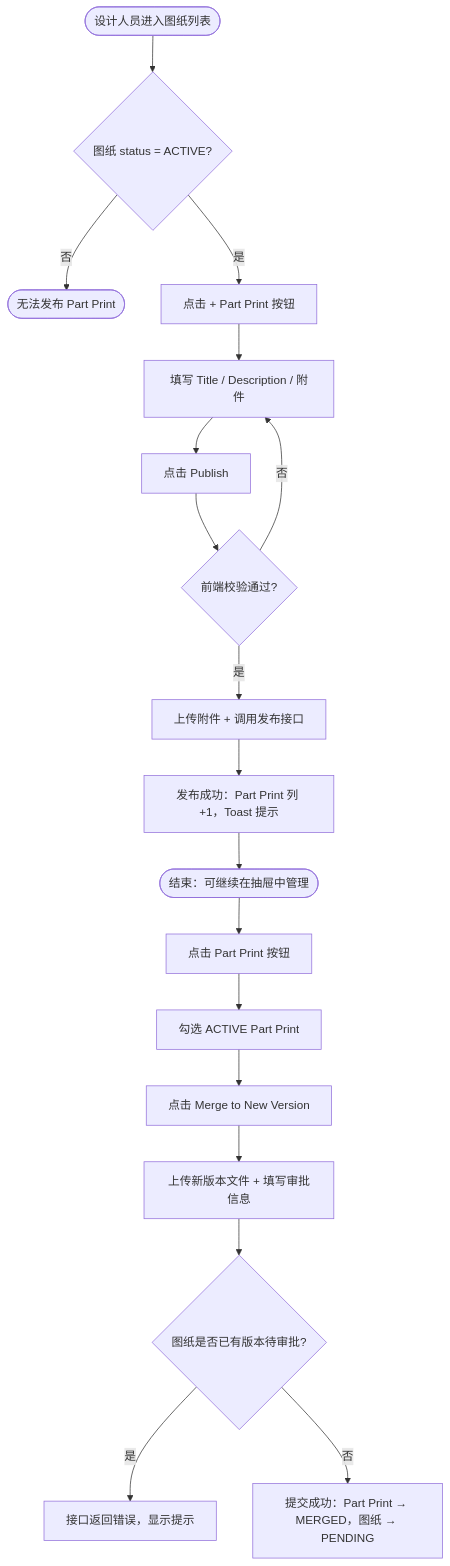
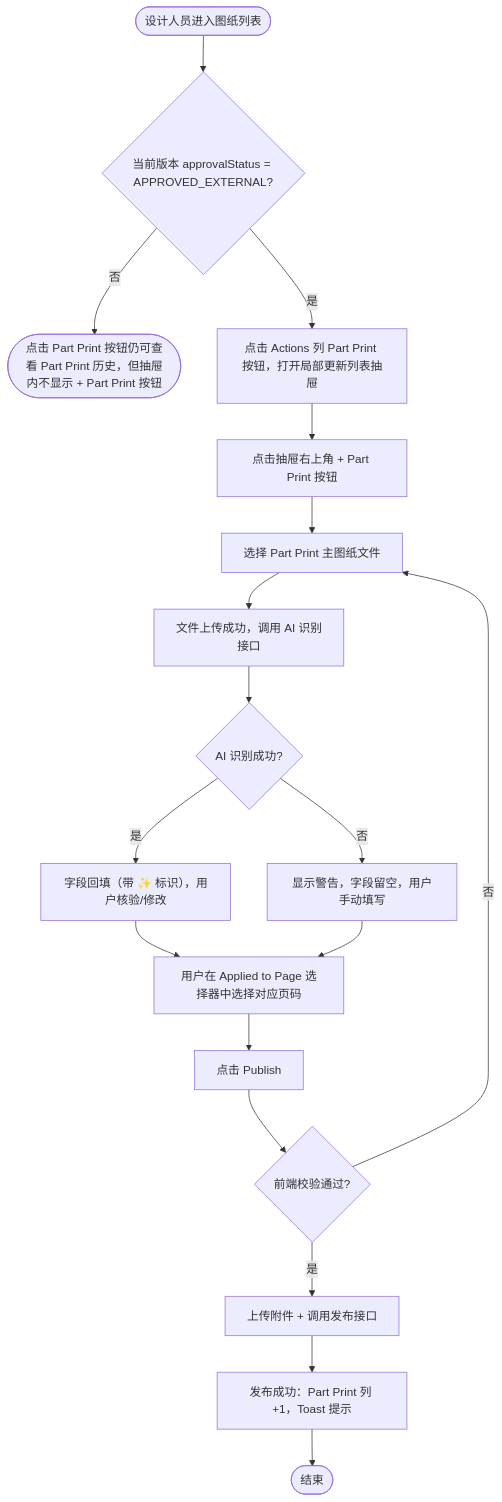
Before and after one commit to xiayingspace-hue/smart-site: the diagram in requirements/pc/REQ-004-pc.md, drawn with Mermaid. The commit also changed other lines of this file and 3 other files, not shown here.

First line of the commit message:
fix: remove Active tab and align Part Print card spec across docs

````diff
--- a/requirements/pc/REQ-004-pc.md
+++ b/requirements/pc/REQ-004-pc.md
@@ -171,21 +162,20 @@
 ```mermaid
 flowchart TD
-    A([设计人员进入图纸列表]) --> B{图纸 status = ACTIVE?}
-    B -- 否 --> Z1([无法发布 Part Print])
-    B -- 是 --> C[点击 + Part Print 按钮]
-    C --> D[填写 Title / Description / 附件]
-    D --> E[点击 Publish]
+    A([设计人员进入图纸列表]) --> B{当前版本 approvalStatus = APPROVED_EXTERNAL?}
+    B -- 否 --> Z1([点击 Part Print 按钮仍可查看 Part Print 历史，但抽屉内不显示 + Part Print 按钮])
+    B -- 是 --> C[点击 Actions 列 Part Print 按钮，打开局部更新列表抽屉]
+    C --> C2[点击抽屉右上角 + Part Print 按钮]
+    C2 --> D[选择 Part Print 主图纸文件]
+    D --> D2[文件上传成功，调用 AI 识别接口]
+    D2 --> D3{AI 识别成功?}
+    D3 -- 是 --> D4[字段回填（带 ✨ 标识），用户核验/修改]
+    D3 -- 否 --> D5[显示警告，字段留空，用户手动填写]
+    D4 --> D6[用户在 Applied to Page 选择器中选择对应页码]
+    D5 --> D6
+    D6 --> E[点击 Publish]
     E --> F{前端校验通过?}
     F -- 否 --> D
     F -- 是 --> G[上传附件 + 调用发布接口]
     G --> H[发布成功：Part Print 列 +1，Toast 提示]
-    H --> I([结束：可继续在抽屉中管理])
-
-    I --> J[点击 Part Print 按钮]
-    J --> K[勾选 ACTIVE Part Print]
-    K --> L[点击 Merge to New Version]
-    L --> M[上传新版本文件 + 填写审批信息]
-    M --> N{图纸是否已有版本待审批?}
-    N -- 是 --> O[接口返回错误，显示提示]
-    N -- 否 --> P[提交成功：Part Print → MERGED，图纸 → PENDING]
+    H --> I([结束])
 ```
````
